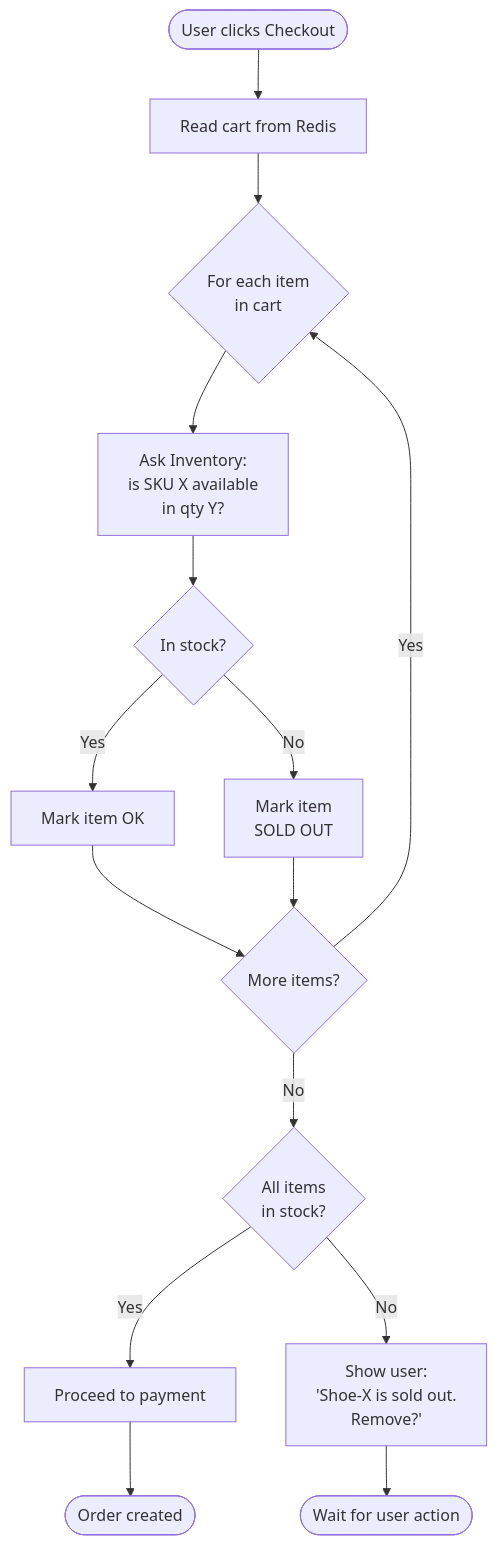
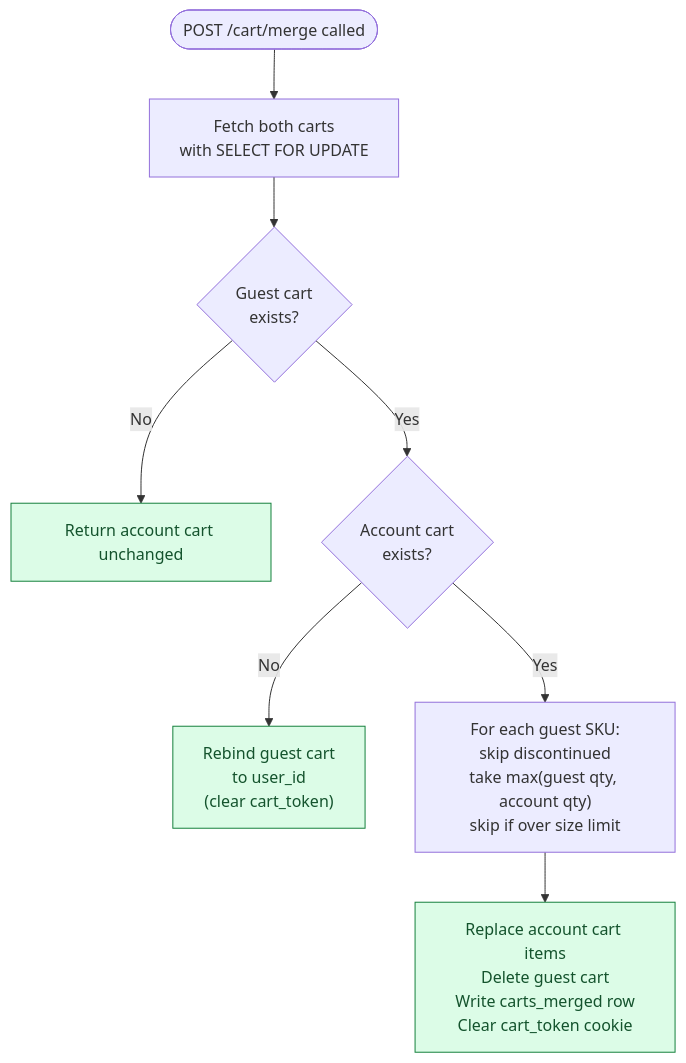
Diagram 12 of 15 in _practice/system-design/012-shopping-cart.md (shiningflash/shiningflash.github.io), drawn with Mermaid before and after one commit. The commit also changed other lines of this file and 19 other files, not shown here.

````diff
--- a/_practice/system-design/012-shopping-cart.md
+++ b/_practice/system-design/012-shopping-cart.md
@@ -463,17 +735,12 @@
 ```mermaid
 flowchart TD
-    Start([User clicks Checkout]) --> Read[Read cart from Redis]
-    Read --> Loop{For each item<br/>in cart}
-    Loop --> Check[Ask Inventory:<br/>is SKU X available<br/>in qty Y?]
-    Check --> InStock{In stock?}
-    InStock -- Yes --> Mark[Mark item OK]
-    InStock -- No --> Out[Mark item<br/>SOLD OUT]
-    Mark --> More{More items?}
-    Out --> More
-    More -- Yes --> Loop
-    More -- No --> AllOK{All items<br/>in stock?}
-    AllOK -- Yes --> Proceed[Proceed to payment]
-    AllOK -- No --> Show["Show user:<br/>'Shoe-X is sold out.<br/>Remove?'"]
-    Show --> Wait([Wait for user action])
-    Proceed --> Done([Order created])
+    Start([POST /cart/merge called]) --> FetchBoth[Fetch both carts<br/>with SELECT FOR UPDATE]
+    FetchBoth --> AnonExists{Guest cart<br/>exists?}
+    AnonExists -- No --> ReturnUser["Return account cart unchanged"]:::ok
+    AnonExists -- Yes --> UserExists{Account cart<br/>exists?}
+    UserExists -- No --> Rebind["Rebind guest cart<br/>to user_id<br/>(clear cart_token)"]:::ok
+    UserExists -- Yes --> MergeItems["For each guest SKU:<br/>skip discontinued<br/>take max(guest qty, account qty)<br/>skip if over size limit"]
+    MergeItems --> Commit["Replace account cart items<br/>Delete guest cart<br/>Write carts_merged row<br/>Clear cart_token cookie"]:::ok
+
+    classDef ok fill:#dcfce7,stroke:#15803d,color:#14532d
 ```
````
